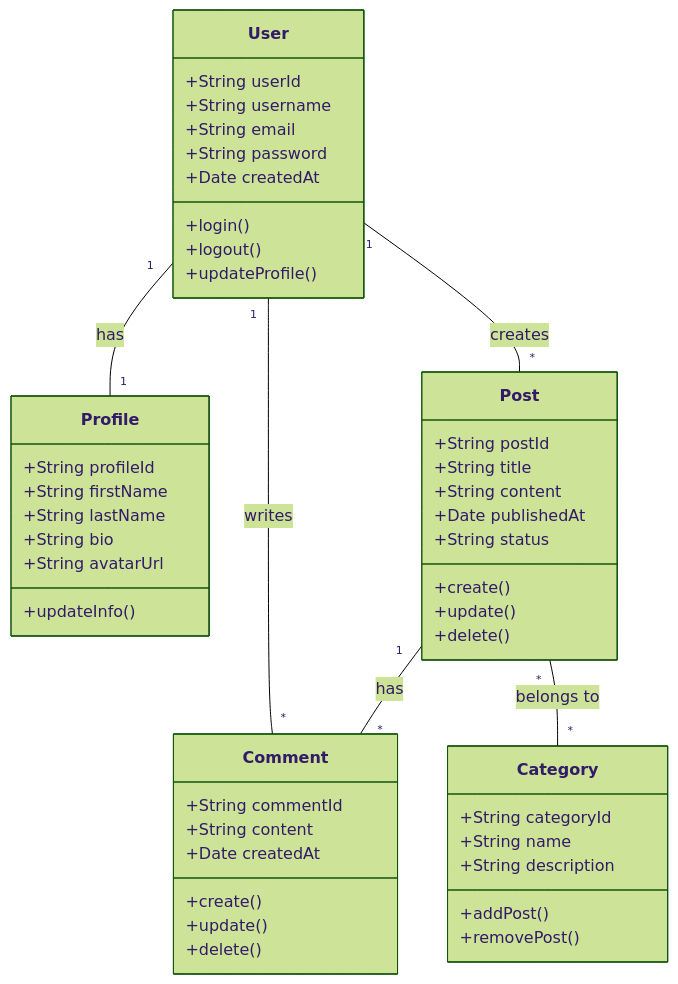
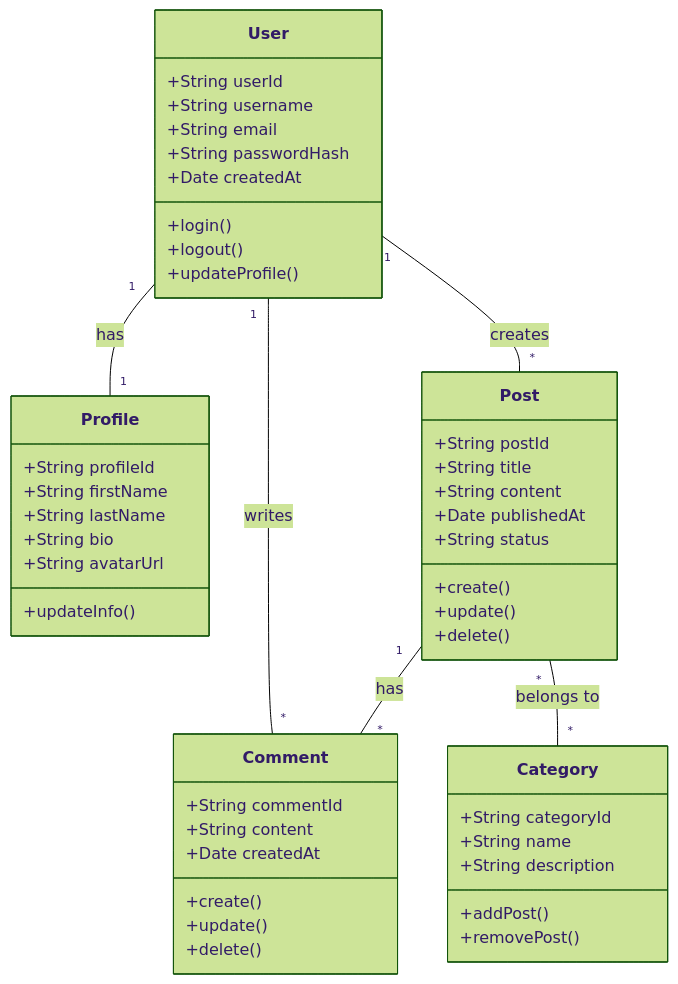
The diagram in docs/diagrams/domain-model.md (elif5446/S390_404-Name-not-Found), drawn with Mermaid (forest theme) before and after one commit. The commit also changed 1 other file, not shown here.

Commit message:
Improve security by using passwordHash and clarify PK,FK notation

````diff
--- a/docs/diagrams/domain-model.md
+++ b/docs/diagrams/domain-model.md
@@ -8,56 +8,56 @@
 ```mermaid
 classDiagram
     class User {
         +String userId
         +String username
         +String email
-        +String password
+        +String passwordHash
         +Date createdAt
         +login()
         +logout()
         +updateProfile()
     }
     
     class Profile {
         +String profileId
         +String firstName
         +String lastName
         +String bio
         +String avatarUrl
         +updateInfo()
     }
     
     class Post {
         +String postId
         +String title
         +String content
         +Date publishedAt
         +String status
         +create()
         +update()
         +delete()
     }
     
     class Comment {
         +String commentId
         +String content
         +Date createdAt
         +create()
         +update()
         +delete()
     }
     
     class Category {
         +String categoryId
         +String name
         +String description
         +addPost()
         +removePost()
     }
     
     User "1" -- "1" Profile : has
     User "1" -- "*" Post : creates
     User "1" -- "*" Comment : writes
     Post "1" -- "*" Comment : has
     Post "*" -- "*" Category : belongs to
 ```
````
